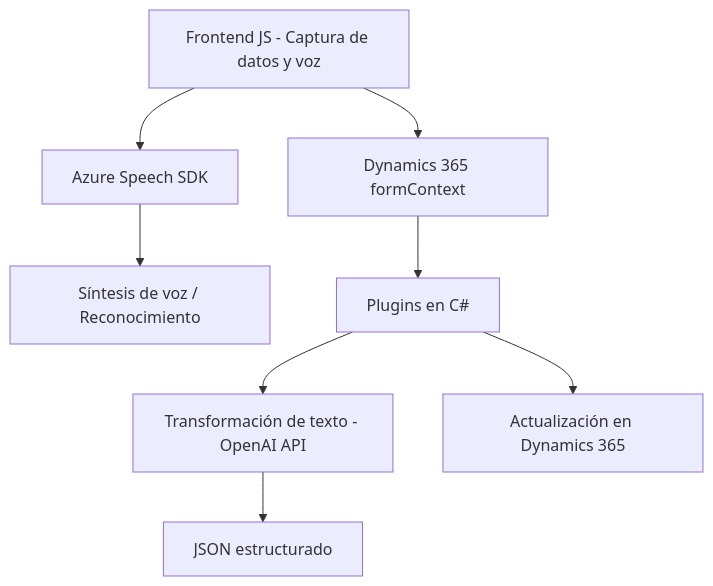
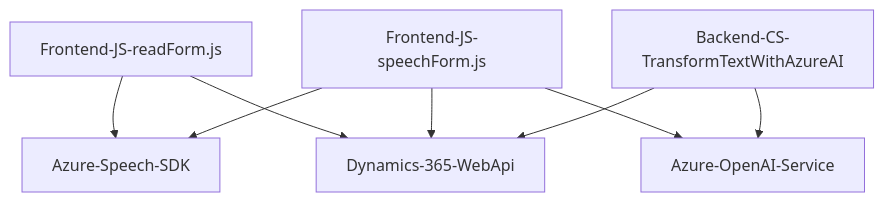
One commit to blopezdm/NETCORE_BILBAO2025 changed the diagram in README.md. Above: the diagram before and after it, drawn with Mermaid. The commit also changed other lines of this file, not shown here.

````diff
--- a/README.md
+++ b/README.md
@@ -44,10 +55,17 @@
 ```mermaid
 graph TD
-    A["Frontend JS - Captura de datos y voz"] --> B["Azure Speech SDK"]
-    B --> C["Síntesis de voz / Reconocimiento"]
-    A --> D["Dynamics 365 formContext"]
-    D --> E["Plugins en C#"]
-    E --> F["Transformación de texto - OpenAI API"]
-    F --> G["JSON estructurado"]
-    E --> H["Actualización en Dynamics 365"]
+  A["Frontend-JS-readForm.js"]
+  B["Frontend-JS-speechForm.js"]
+  C["Backend-CS-TransformTextWithAzureAI"]
+  D["Azure-Speech-SDK"]
+  E["Azure-OpenAI-Service"]
+  F["Dynamics-365-WebApi"]
+
+  A --> D
+  A --> F
+  B --> D
+  B --> F
+  B --> E
+  C --> E
+  C --> F
 ```
````
